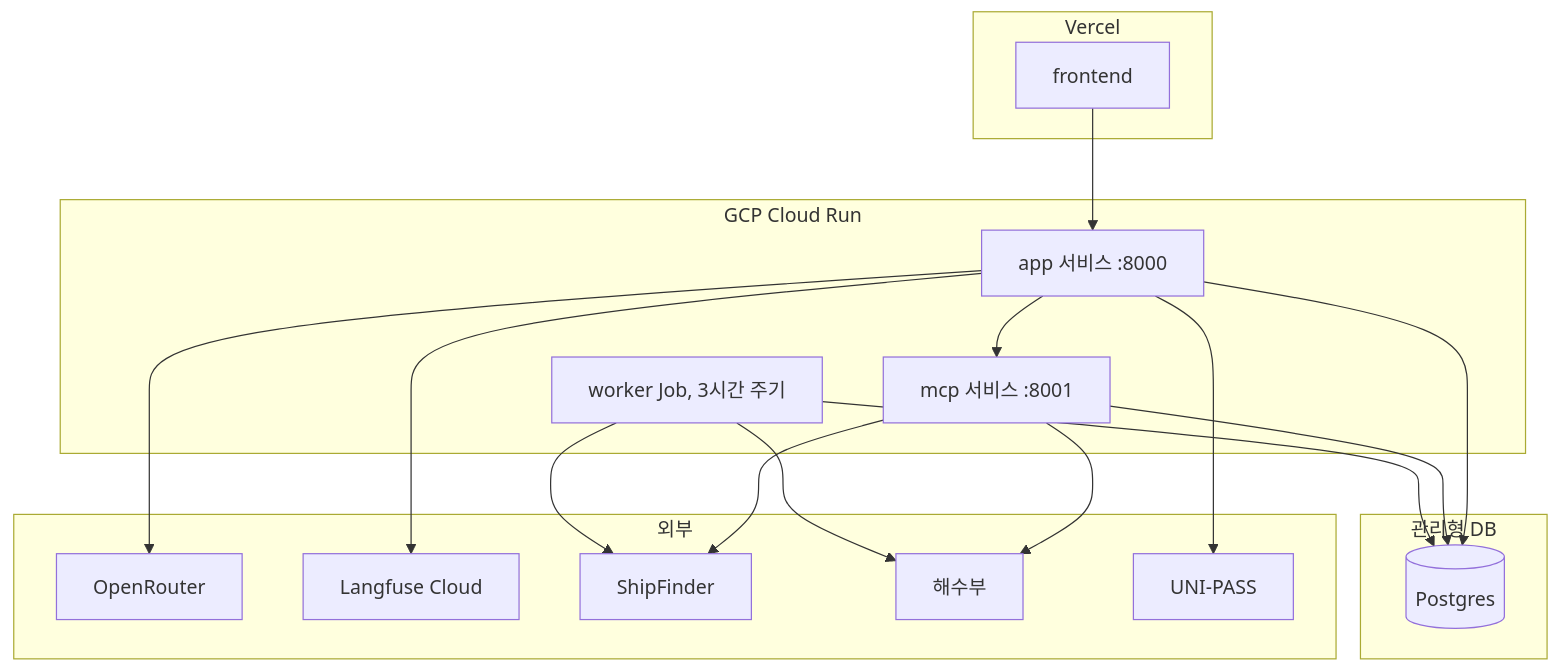
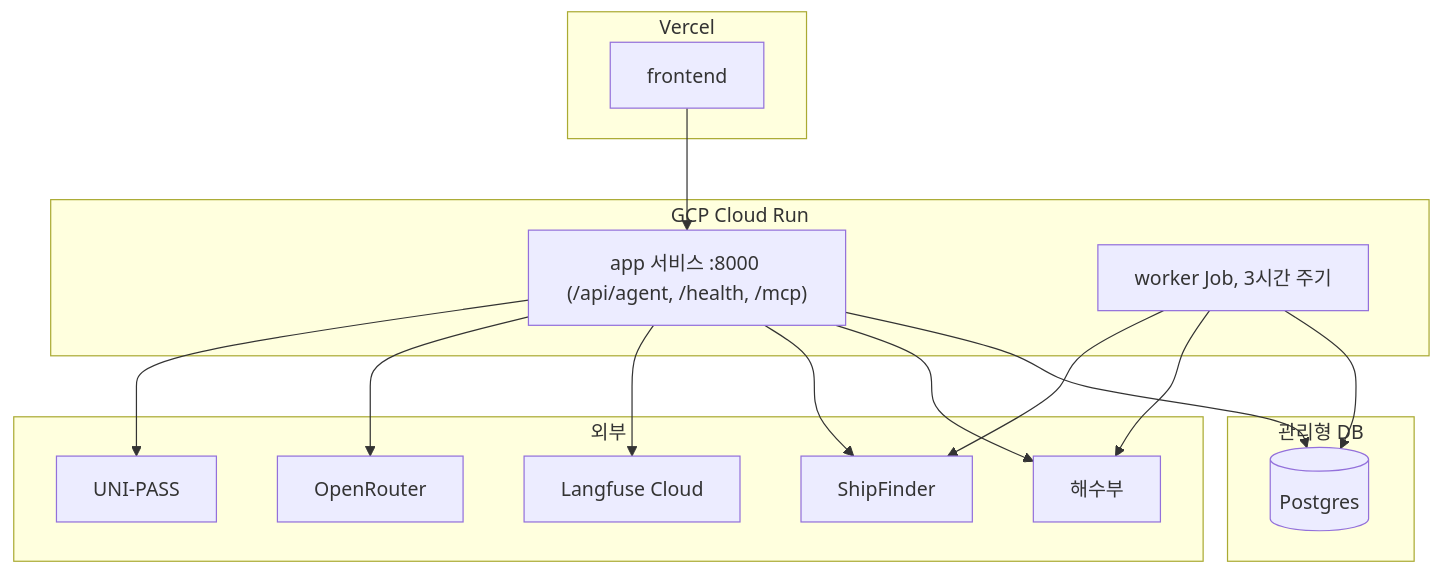
Before and after one commit to HJU5022/Marvia: the second of 3 diagrams in docs/Marvia_SDD.md, drawn with Mermaid. The commit also changed other lines of this file and 8 other files, not shown here.

First line of the commit message:
feat(mcp): /mcp를 API 서버 경로로 합침 (서버·Cloud Run 서비스 1개)

````diff
--- a/docs/Marvia_SDD.md
+++ b/docs/Marvia_SDD.md
@@ -127,33 +126,30 @@
 ```mermaid
 flowchart TB
   subgraph vercel["Vercel"]
     W["frontend"]
   end
   subgraph gcp["GCP Cloud Run"]
-    A["app 서비스 :8000"]
-    M["mcp 서비스 :8001"]
+    A["app 서비스 :8000 (/api/agent, /health, /mcp)"]
     J["worker Job, 3시간 주기"]
   end
   subgraph db["관리형 DB"]
     DB[("Postgres")]
   end
   subgraph ext["외부"]
     OR["OpenRouter"]
     LF["Langfuse Cloud"]
     SF["ShipFinder"]
     MOF["해수부"]
     UP["UNI-PASS"]
   end
   W --> A
-  A --> M
   A --> UP
   A --> OR
   A --> LF
-  M --> SF
-  M --> MOF
+  A --> SF
+  A --> MOF
   J --> SF
   J --> MOF
   A --> DB
-  M --> DB
   J --> DB
 ```
````
